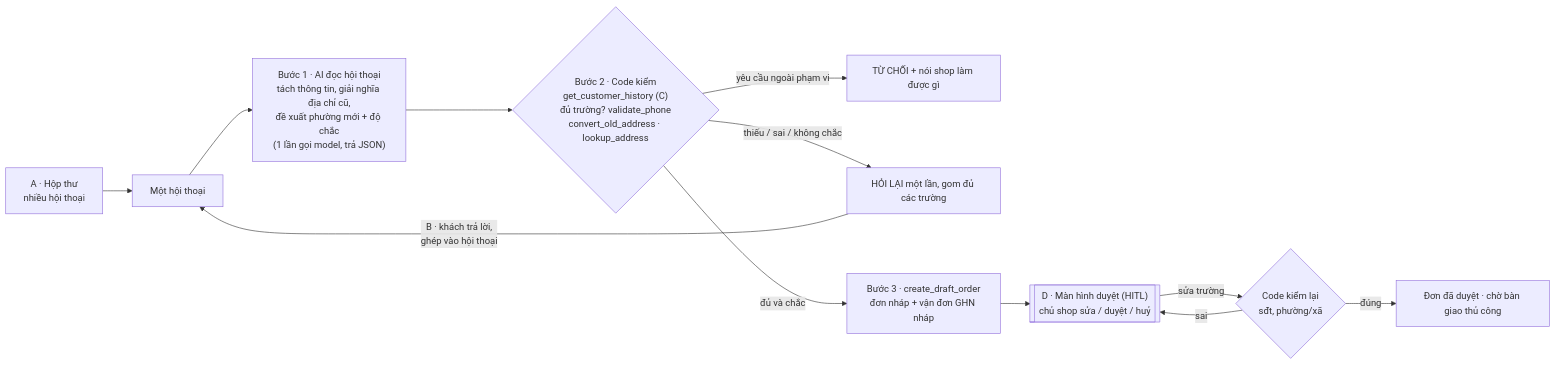
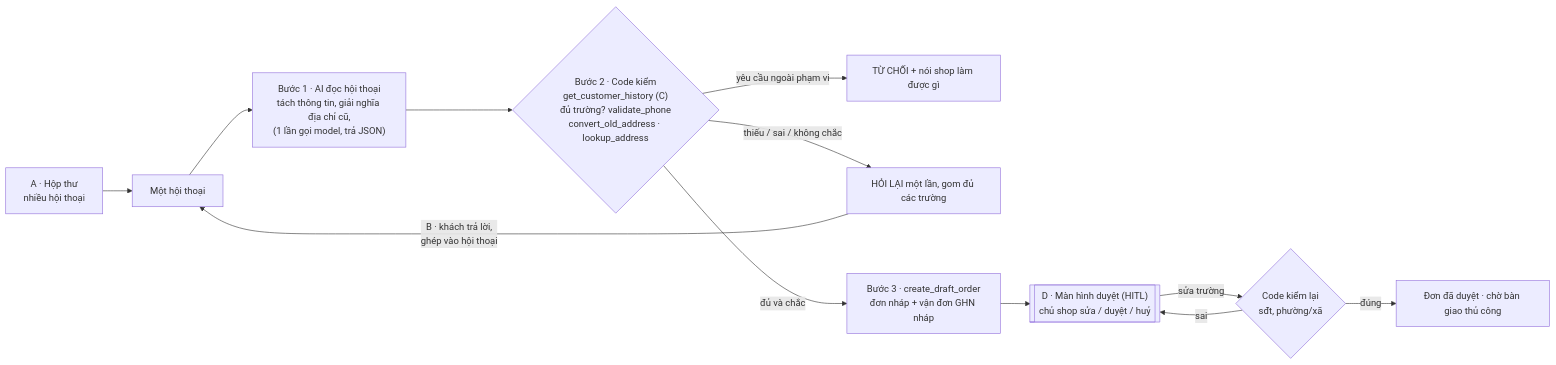
One commit to sybui2004/K5-Day15-L3B-J97 changed the diagram in spec.md. Above: the diagram before and after it, drawn with Mermaid. The commit also changed other lines of this file and 1 other file, not shown here.

First line of the commit message:
docs, spec §4: địa giới theo Nghị quyết 1685, phường bị tách luôn hỏi lại

````diff
--- a/spec.md
+++ b/spec.md
@@ -51,14 +51,14 @@
 ```mermaid
 flowchart LR
     IN["A · Hộp thư<br/>nhiều hội thoại"] --> A[Một hội thoại]
-    A --> B["Bước 1 · AI đọc hội thoại<br/>tách thông tin, giải nghĩa địa chỉ cũ,<br/>đề xuất phường mới + độ chắc<br/>(1 lần gọi model, trả JSON)"]
+    A --> B["Bước 1 · AI đọc hội thoại<br/>tách thông tin, giải nghĩa địa chỉ cũ,<br/>(1 lần gọi model, trả JSON)"]
     B --> C{"Bước 2 · Code kiểm<br/>get_customer_history (C)<br/>đủ trường? validate_phone<br/>convert_old_address · lookup_address"}
     C -- "yêu cầu ngoài phạm vi" --> R[TỪ CHỐI + nói shop làm được gì]
     C -- "thiếu / sai / không chắc" --> H[HỎI LẠI một lần, gom đủ các trường]
     H -- "B · khách trả lời,<br/>ghép vào hội thoại" --> A
     C -- "đủ và chắc" --> D["Bước 3 · create_draft_order<br/>đơn nháp + vận đơn GHN nháp"]
     D --> P[["D · Màn hình duyệt (HITL)<br/>chủ shop sửa / duyệt / huỷ"]]
     P -- "sửa trường" --> K{"Code kiểm lại<br/>sđt, phường/xã"}
     K -- "sai" --> P
     K -- "đúng" --> OK[Đơn đã duyệt · chờ bàn giao thủ công]
 ```
````
